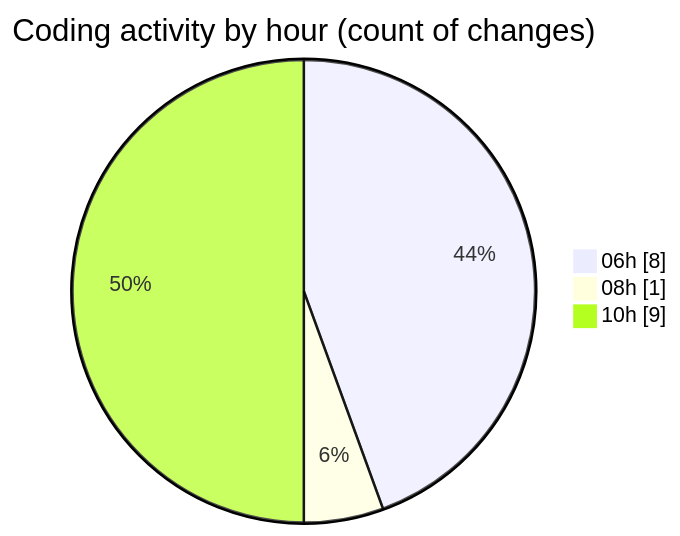
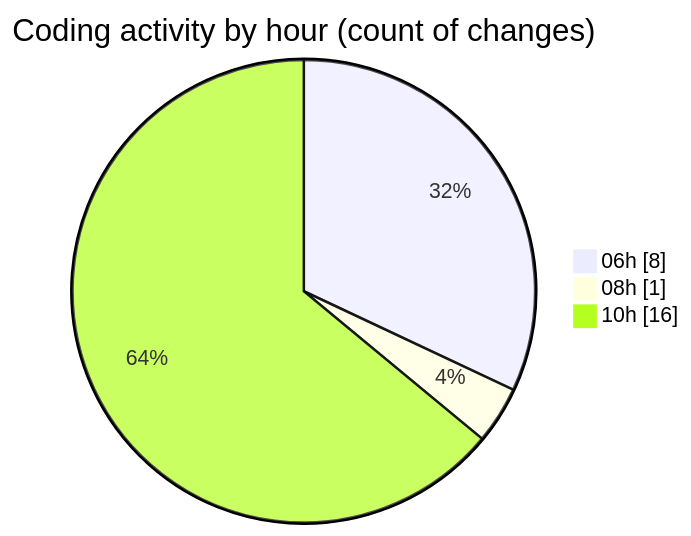
One commit to IJAZ3593/code-tracking changed the second of 2 diagrams in 2025-10-25/ai/README.md. Above: the diagram before and after it, drawn with Mermaid. The commit also changed other lines of this file and 1 other file, not shown here.

````diff
--- a/2025-10-25/ai/README.md
+++ b/2025-10-25/ai/README.md
@@ -38,7 +40,7 @@
 ```mermaid
 pie showData
 title Coding activity by hour (count of changes)
 "06h" : 8
 "08h" : 1
-"10h" : 9
+"10h" : 16
 ```
````
